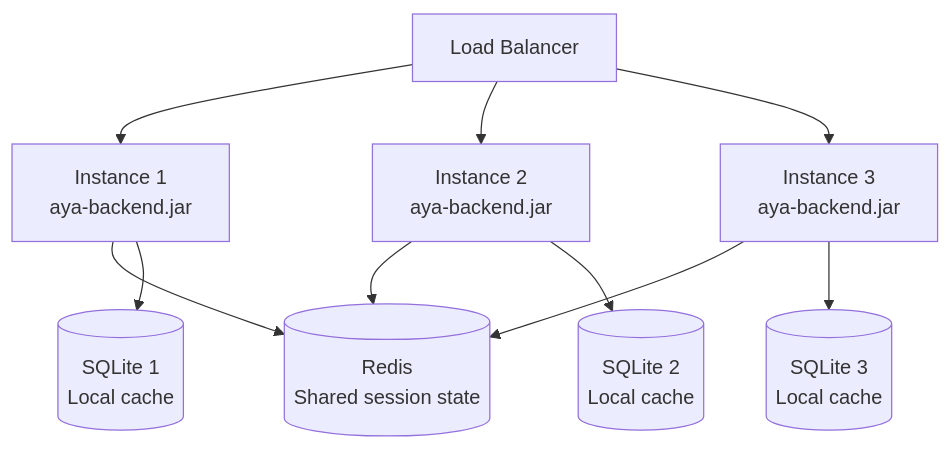
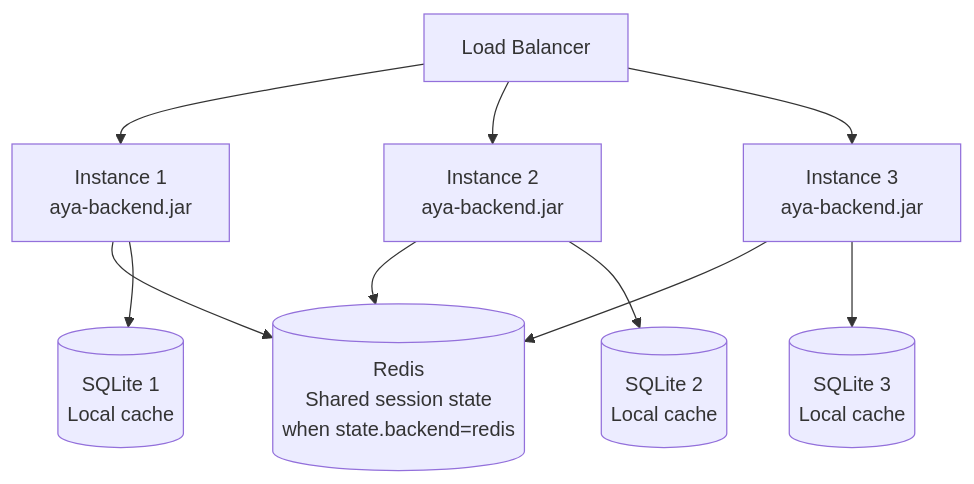
Before and after one commit to klodio/aya-mobile-assistant: the tenth of 14 diagrams in ARCHITECTURE.md, drawn with Mermaid. The commit also changed other lines of this file and 6 other files, not shown here.

````diff
--- a/ARCHITECTURE.md
+++ b/ARCHITECTURE.md
@@ -717,15 +722,15 @@
 ```mermaid
 graph TB
     LB[Load Balancer]
     LB --> I1[Instance 1<br/>aya-backend.jar]
     LB --> I2[Instance 2<br/>aya-backend.jar]
     LB --> I3[Instance 3<br/>aya-backend.jar]
 
-    I1 --> REDIS[(Redis<br/>Shared session state)]
+    I1 --> REDIS[(Redis<br/>Shared session state<br/>when state.backend=redis)]
     I2 --> REDIS
     I3 --> REDIS
 
     I1 --> S1[(SQLite 1<br/>Local cache)]
     I2 --> S2[(SQLite 2<br/>Local cache)]
     I3 --> S3[(SQLite 3<br/>Local cache)]
 ```
````
